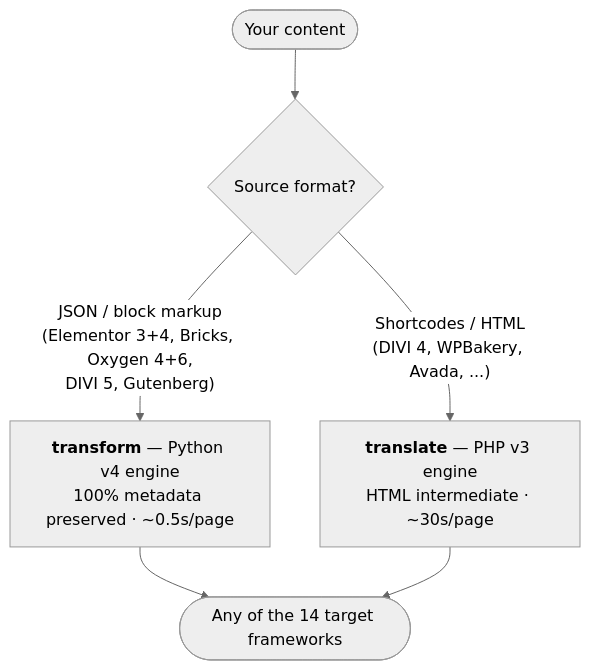
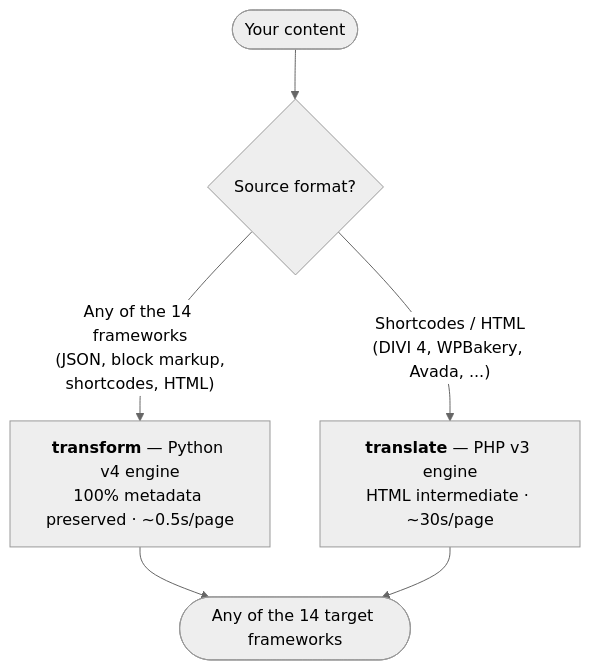
The first of 2 diagrams in README.md (coryhubbell/Development-Translation-Bridge), drawn with Mermaid (neutral theme) before and after one commit. The commit also changed other lines of this file and 14 other files, not shown here.

First line of the commit message:
feat: Python source parsers final tranche — all 14 frameworks parse natively

````diff
--- a/README.md
+++ b/README.md
@@ -52,8 +52,8 @@
 ```mermaid
 flowchart TD
     IN(["Your content"]) --> Q{"Source format?"}
-    Q -->|"JSON / block markup<br/>(Elementor 3+4, Bricks, Oxygen 4+6,<br/>DIVI 5, Gutenberg)"| T["<b>transform</b> — Python v4 engine<br/>100% metadata preserved · ~0.5s/page"]
+    Q -->|"Any of the 14 frameworks<br/>(JSON, block markup,<br/>shortcodes, HTML)"| T["<b>transform</b> — Python v4 engine<br/>100% metadata preserved · ~0.5s/page"]
     Q -->|"Shortcodes / HTML<br/>(DIVI 4, WPBakery, Avada, ...)"| L["<b>translate</b> — PHP v3 engine<br/>HTML intermediate · ~30s/page"]
     T --> OUT(["Any of the 14 target frameworks"])
     L --> OUT
 ```
````
